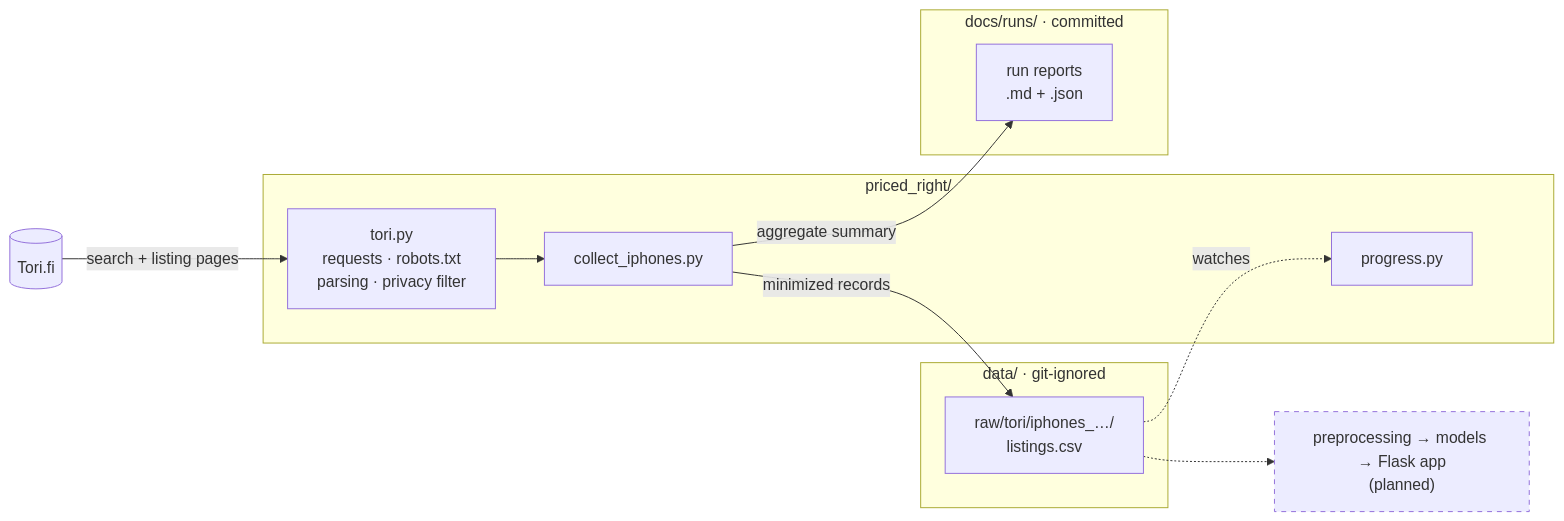
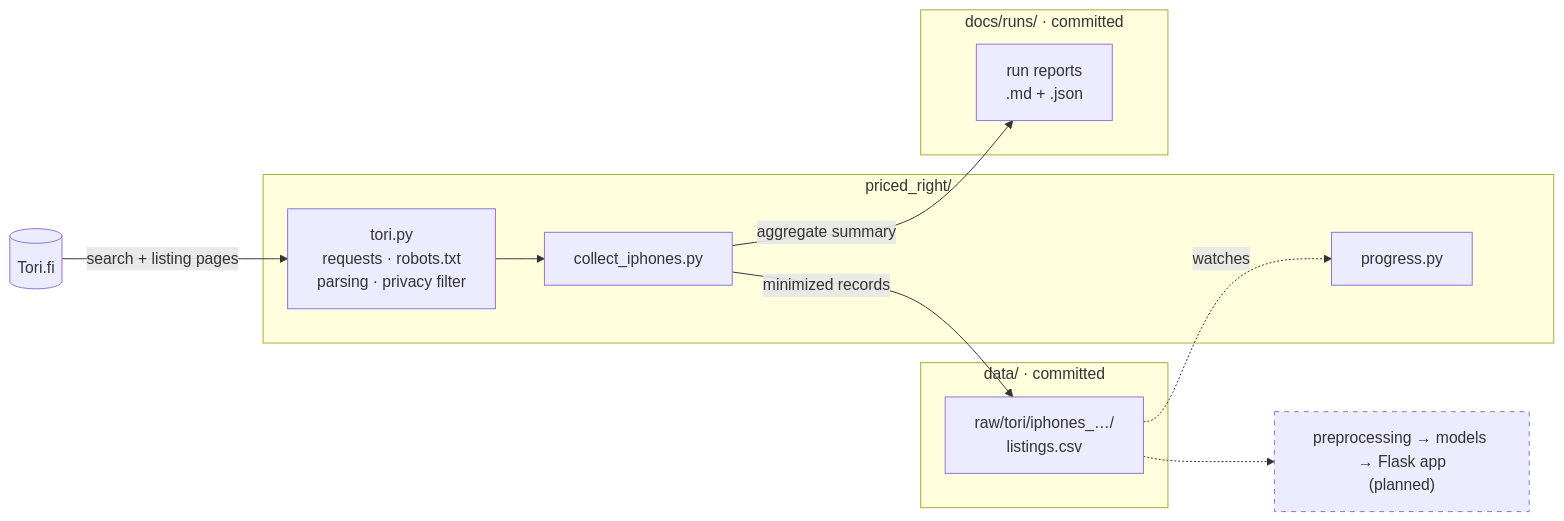
Before and after one commit to HashirSalam/priced-right: the diagram in README.md, drawn with Mermaid. The commit also changed other lines of this file and 14 other files, not shown here.

````diff
--- a/README.md
+++ b/README.md
@@ -107,30 +107,30 @@
 ```mermaid
 flowchart LR
     tori[("Tori.fi")]
 
     subgraph pkg["priced_right/"]
         client["tori.py<br/>requests · robots.txt<br/>parsing · privacy filter"]
         collect["collect_iphones.py"]
         progress["progress.py"]
     end
 
-    subgraph datadir["data/ · git-ignored"]
+    subgraph datadir["data/ · committed"]
         raw["raw/tori/iphones_…/<br/>listings.csv"]
     end
 
     subgraph runs["docs/runs/ · committed"]
         reports["run reports<br/>.md + .json"]
     end
 
     planned["preprocessing → models → Flask app<br/>(planned)"]
 
     tori -- "search + listing pages" --> client
     client --> collect
     collect -- "minimized records" --> raw
     collect -- "aggregate summary" --> reports
     raw -. "watches" .-> progress
     raw -.-> planned
 
     classDef todo stroke-dasharray: 5 5
     class planned todo
 ```
````
